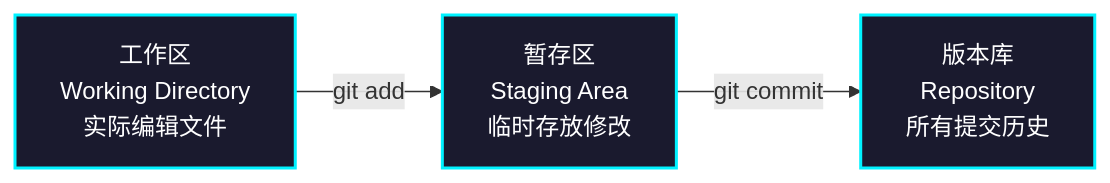
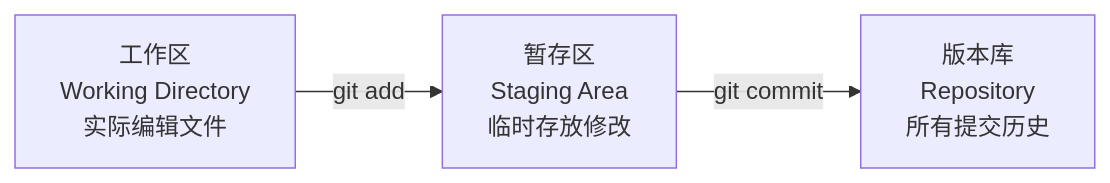
The first of 23 diagrams in _posts/2026-03-02-git完全指南.md (The-time-forever/The-time-forever.github.io), drawn with Mermaid before and after one commit. The commit also changed other lines of this file, not shown here.

Commit message:
移除 Git 完全指南中 mermaid 图表的样式设置，简化代码

````diff
--- a/_posts/2026-03-02-git完全指南.md
+++ b/_posts/2026-03-02-git完全指南.md
@@ -18,9 +18,5 @@
 ```mermaid
 graph LR
     A[工作区<br/>Working Directory<br/>实际编辑文件] -->|git add| B[暂存区<br/>Staging Area<br/>临时存放修改]
     B -->|git commit| C[版本库<br/>Repository<br/>所有提交历史]
-
-    style A fill:#1a1a2e,stroke:#00f2ff,stroke-width:2px,color:#fff
-    style B fill:#1a1a2e,stroke:#00f2ff,stroke-width:2px,color:#fff
-    style C fill:#1a1a2e,stroke:#00f2ff,stroke-width:2px,color:#fff
 ```
````
